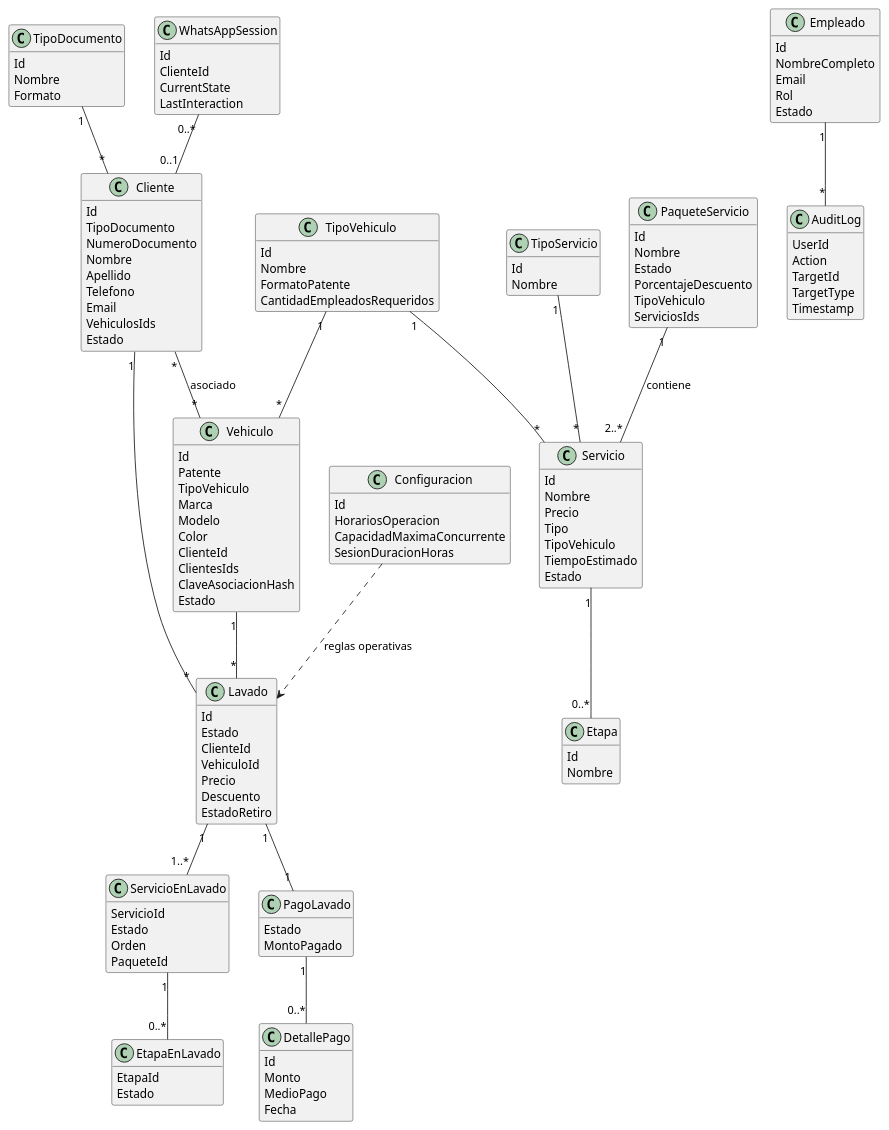
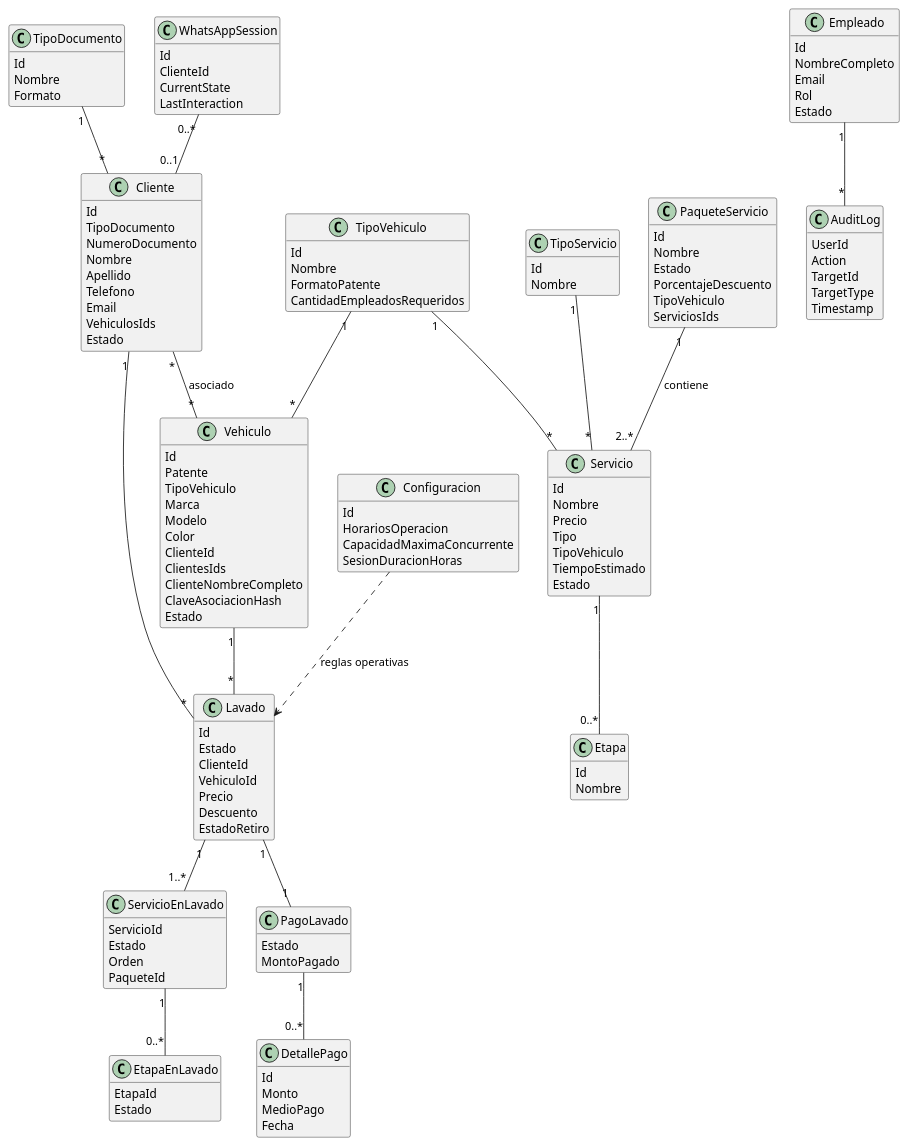
Before and after one commit to AndreGelabert/Aplicacion-Lavadero: the first of 17 diagrams in Documentacion/2-Diseno.docx.md, drawn with PlantUML. The commit also changed other lines of this file, not shown here.

```diff
--- a/Documentacion/2-Diseno.docx.md
+++ b/Documentacion/2-Diseno.docx.md
@@ -142,6 +142,7 @@
   Color
   ClienteId
   ClientesIds
+  ClienteNombreCompleto
   ClaveAsociacionHash
   Estado
 }
```
